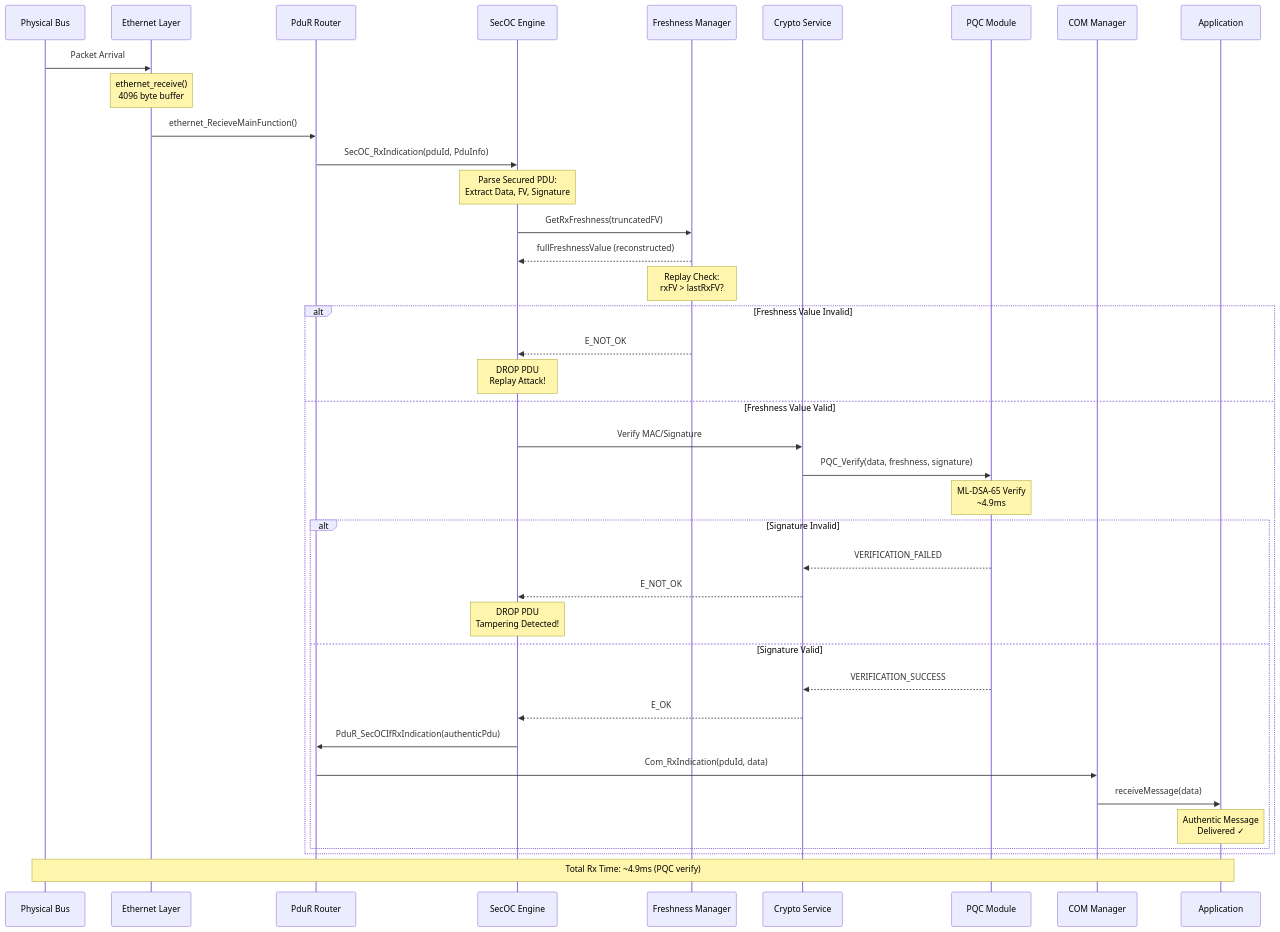
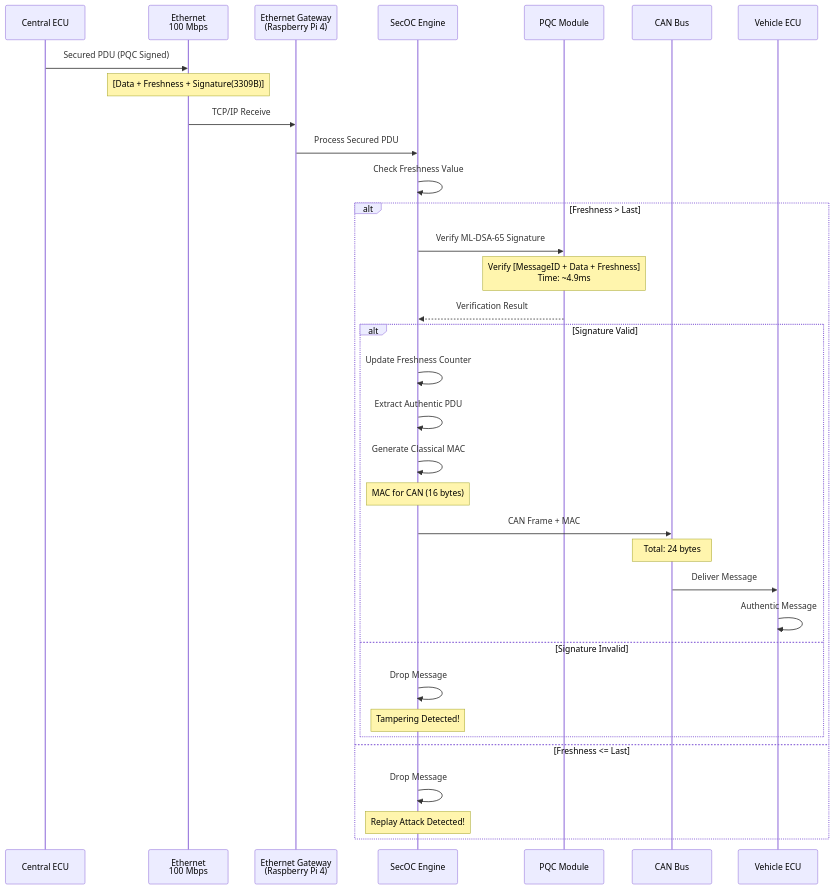
Before and after one commit to longluubao/computer_engineering_project: the third of 15 diagrams in Autosar_SecOC/DIAGRAMS.md, drawn with Mermaid. The commit also changed other lines of this file and 41 other files, not shown here.

First line of the commit message:
Update diagrams and documentation for PQC Ethernet gateway

````diff
--- a/Autosar_SecOC/DIAGRAMS.md
+++ b/Autosar_SecOC/DIAGRAMS.md
@@ -178,52 +116,42 @@
 ```mermaid
 sequenceDiagram
-    participant BUS as Physical Bus
-    participant ETH as Ethernet Layer
-    participant PduR as PduR Router
+    participant Backend as Central ECU
+    participant ETH as Ethernet<br/>100 Mbps
+    participant GW as Ethernet Gateway<br/>(Raspberry Pi 4)
     participant SecOC as SecOC Engine
-    participant FVM as Freshness Manager
-    participant CSM as Crypto Service
     participant PQC as PQC Module
-    participant COM as COM Manager
-    participant APP as Application
+    participant CAN as CAN Bus
+    participant ECU as Vehicle ECU
 
-    BUS->>ETH: Packet Arrival
-    Note over ETH: ethernet_receive()<br/>4096 byte buffer
+    Backend->>ETH: Secured PDU (PQC Signed)
+    Note over ETH: [Data + Freshness + Signature(3309B)]
 
-    ETH->>PduR: ethernet_RecieveMainFunction()
-    PduR->>SecOC: SecOC_RxIndication(pduId, PduInfo)
+    ETH->>GW: TCP/IP Receive
+    GW->>SecOC: Process Secured PDU
 
-    Note over SecOC: Parse Secured PDU:<br/>Extract Data, FV, Signature
+    SecOC->>SecOC: Check Freshness Value
+    alt Freshness > Last
+        SecOC->>PQC: Verify ML-DSA-65 Signature
+        Note over PQC: Verify [MessageID + Data + Freshness]<br/>Time: ~4.9ms
 
-    SecOC->>FVM: GetRxFreshness(truncatedFV)
-    FVM-->>SecOC: fullFreshnessValue (reconstructed)
+        PQC-->>SecOC: Verification Result
 
-    Note over FVM: Replay Check:<br/>rxFV > lastRxFV?
+        alt Signature Valid
+            SecOC->>SecOC: Update Freshness Counter
+            SecOC->>SecOC: Extract Authentic PDU
+            SecOC->>SecOC: Generate Classical MAC
+            Note over SecOC: MAC for CAN (16 bytes)
 
-    alt Freshness Value Invalid
-        FVM-->>SecOC: E_NOT_OK
-        Note over SecOC: DROP PDU<br/>Replay Attack!
-    else Freshness Value Valid
-        SecOC->>CSM: Verify MAC/Signature
-        CSM->>PQC: PQC_Verify(data, freshness, signature)
-
-        Note over PQC: ML-DSA-65 Verify<br/>~4.9ms
-
-        alt Signature Invalid
-            PQC-->>CSM: VERIFICATION_FAILED
-            CSM-->>SecOC: E_NOT_OK
-            Note over SecOC: DROP PDU<br/>Tampering Detected!
-        else Signature Valid
-            PQC-->>CSM: VERIFICATION_SUCCESS
-            CSM-->>SecOC: E_OK
-
-            SecOC->>PduR: PduR_SecOCIfRxIndication(authenticPdu)
-            PduR->>COM: Com_RxIndication(pduId, data)
-            COM->>APP: receiveMessage(data)
-
-            Note over APP: Authentic Message<br/>Delivered ✓
+            SecOC->>CAN: CAN Frame + MAC
+            Note over CAN: Total: 24 bytes
+            CAN->>ECU: Deliver Message
+            ECU->>ECU: Authentic Message
+        else Signature Invalid
+            SecOC->>SecOC: Drop Message
+            Note over SecOC: Tampering Detected!
         end
+    else Freshness <= Last
+        SecOC->>SecOC: Drop Message
+        Note over SecOC: Replay Attack Detected!
     end
-
-    Note over BUS,APP: Total Rx Time: ~4.9ms (PQC verify)
 ```
````
